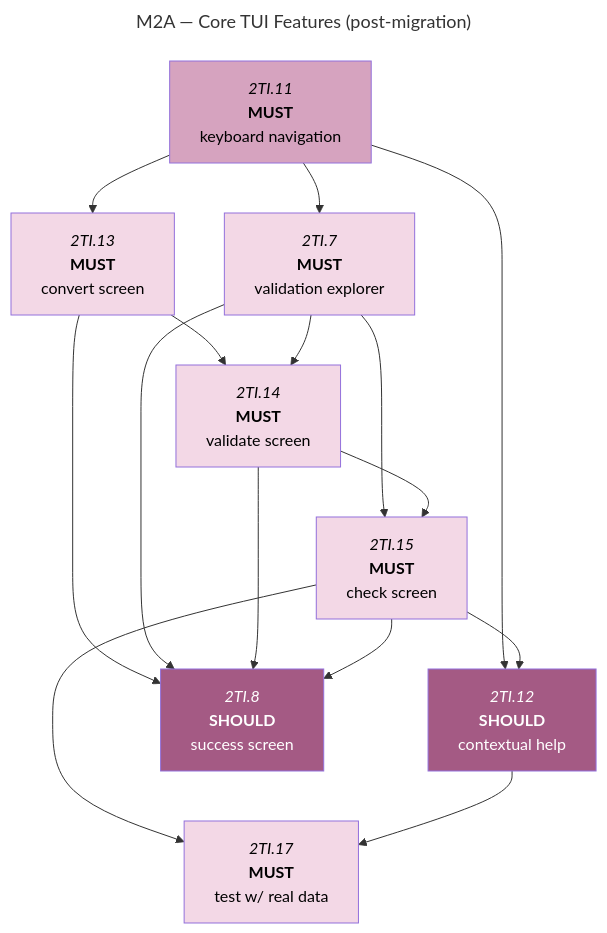
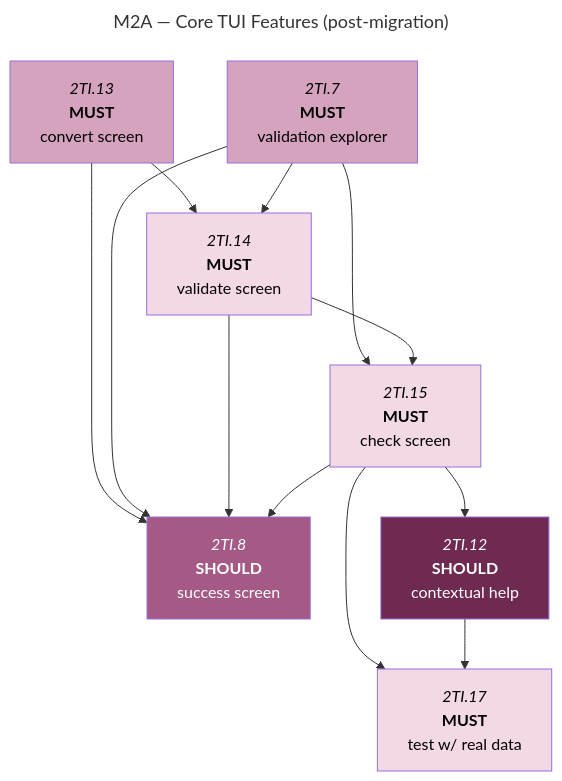
Before and after one commit to foundersandcoders/iris: the second of 5 diagrams in docs/roadmaps/phase-1-mvp-features.md, drawn with Mermaid. The commit also changed other lines of this file, not shown here.

````diff
--- a/docs/roadmaps/phase-1-mvp-features.md
+++ b/docs/roadmaps/phase-1-mvp-features.md
@@ -148,28 +148,25 @@
 ```mermaid
 ---
 title: M2A — Core TUI Features (post-migration)
 ---
 graph TD
 
-2TI.11["`*2TI.11*<br/>**MUST**<br/>keyboard navigation`"]:::must-open --> 2TI.13 & 2TI.7 & 2TI.12
-
-2TI.13["`*2TI.13*<br/>**MUST**<br/>convert screen`"]:::must-blocked --> 2TI.14 & 2TI.8
-2TI.7["`*2TI.7*<br/>**MUST**<br/>validation explorer`"]:::must-blocked --> 2TI.14 & 2TI.15 & 2TI.8
+2TI.13["`*2TI.13*<br/>**MUST**<br/>convert screen`"]:::must-open --> 2TI.14 & 2TI.8
+2TI.7["`*2TI.7*<br/>**MUST**<br/>validation explorer`"]:::must-open --> 2TI.14 & 2TI.15 & 2TI.8
 
 2TI.14["`*2TI.14*<br/>**MUST**<br/>validate screen`"]:::must-blocked --> 2TI.15 & 2TI.8
 2TI.15["`*2TI.15*<br/>**MUST**<br/>check screen`"]:::must-blocked --> 2TI.12 & 2TI.17 & 2TI.8
 
-2TI.12["`*2TI.12*<br/>**SHOULD**<br/>contextual help`"]:::should-blocked --> 2TI.17
+2TI.12["`*2TI.12*<br/>**SHOULD**<br/>contextual help`"]:::should-open --> 2TI.17
 
 2TI.8["`*2TI.8*<br/>**SHOULD**<br/>success screen`"]:::should-blocked
 
 2TI.17["`*2TI.17*<br/>**MUST**<br/>test w/ real data`"]:::must-blocked
-
 classDef must-open fill:#D6A3BF,color:#000;
 classDef must-blocked fill:#F3D8E6,color:#000;
 classDef should-open fill:#6F2A52,color:#fff;
 classDef should-blocked fill:#A45A84,color:#fff;
 classDef could-open fill:#3E7F96,color:#fff;
 classDef could-blocked fill:#5FA3BA,color:#fff;
 classDef mile fill:#E8EFF6,color:#000;
 ```
````
